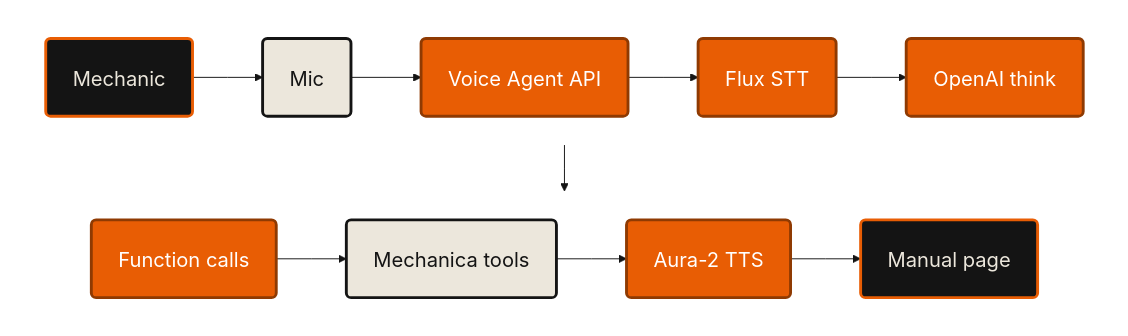
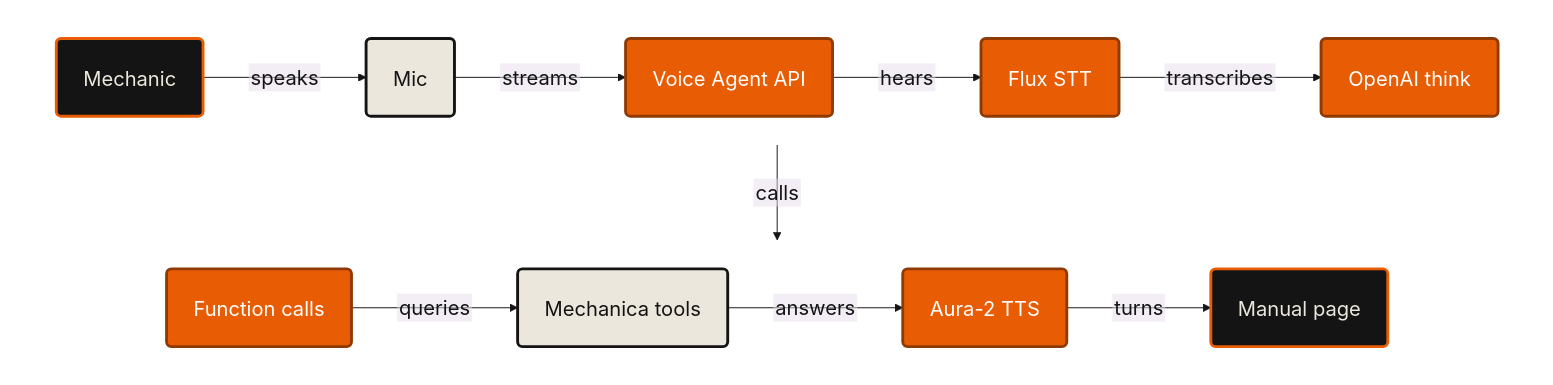
One commit to lxorb/mechanica changed the diagram in docs/pitches/deepgram/architecture.mmd. Above: the diagram before and after it, drawn with Mermaid. The commit also changed 140 other files, not shown here.

```diff
--- a/docs/pitches/deepgram/architecture.mmd
+++ b/docs/pitches/deepgram/architecture.mmd
@@ -1,18 +1,18 @@
-%%{init: {"theme":"base","htmlLabels":false,"themeVariables":{"fontSize":"21px","fontFamily":"Barlow","lineColor":"#141414","primaryColor":"#ece7dc","primaryTextColor":"#141414","primaryBorderColor":"#141414","background":"#ffffff"},"flowchart":{"curve":"linear","htmlLabels":false,"nodeSpacing":40,"rankSpacing":48,"padding":28,"useMaxWidth":false}}}%%
+%%{init: {"theme":"base","htmlLabels":false,"themeVariables":{"fontSize":"21px","fontFamily":"Barlow","lineColor":"#141414","primaryColor":"#ece7dc","primaryTextColor":"#141414","primaryBorderColor":"#141414","background":"#ffffff"},"flowchart":{"curve":"linear","htmlLabels":false,"nodeSpacing":40,"rankSpacing":70,"padding":28,"useMaxWidth":false}}}%%
 flowchart TB
   subgraph R1[" "]
     direction LR
-    MECH("Mechanic"):::ends --> MIC("Mic"):::ours --> VA("Voice Agent API"):::them --> FLUX("Flux STT"):::them --> THINK("OpenAI think"):::them
+    MECH("Mechanic"):::ends -- "speaks" --> MIC("Mic"):::ours -- "streams" --> VA("Voice Agent API"):::them -- "hears" --> FLUX("Flux STT"):::them -- "transcribes" --> THINK("OpenAI think"):::them
   end
   subgraph R2[" "]
     direction LR
-    CALL("Function calls"):::them --> TOOLS("Mechanica tools"):::ours --> AURA("Aura-2 TTS"):::them --> PAGE("Manual page"):::ends
+    CALL("Function calls"):::them -- "queries" --> TOOLS("Mechanica tools"):::ours -- "answers" --> AURA("Aura-2 TTS"):::them -- "turns" --> PAGE("Manual page"):::ends
   end
 
-  R1 --> R2
+  R1 -- "calls" --> R2
 
   classDef ends fill:#141414,stroke:#e85d04,stroke-width:3px,color:#ece7dc
   classDef ours fill:#ece7dc,stroke:#141414,stroke-width:3px,color:#141414
   classDef them fill:#e85d04,stroke:#8f3a02,stroke-width:3px,color:#ffffff
   style R1 fill:none,stroke:none
   style R2 fill:none,stroke:none
```
